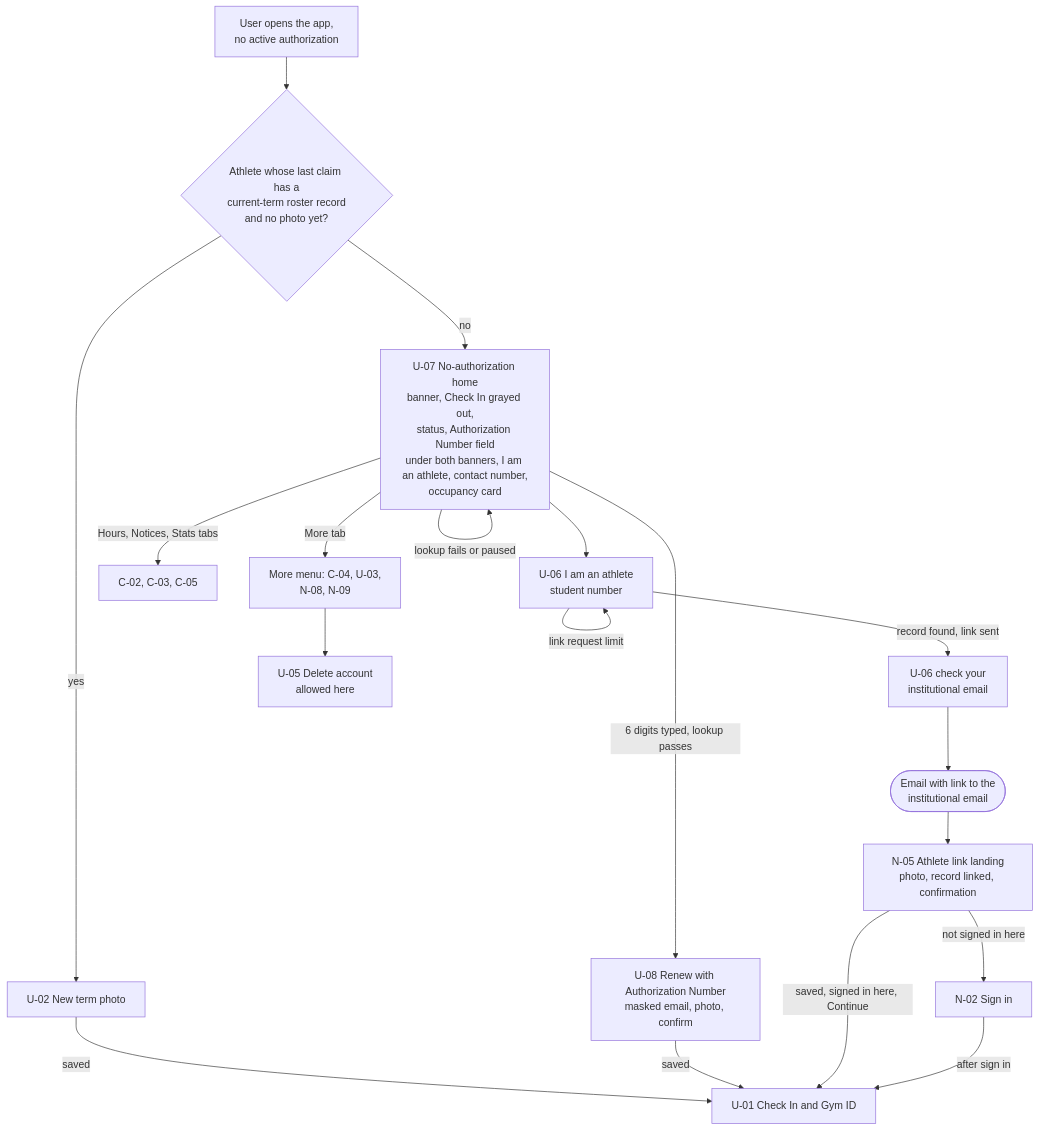
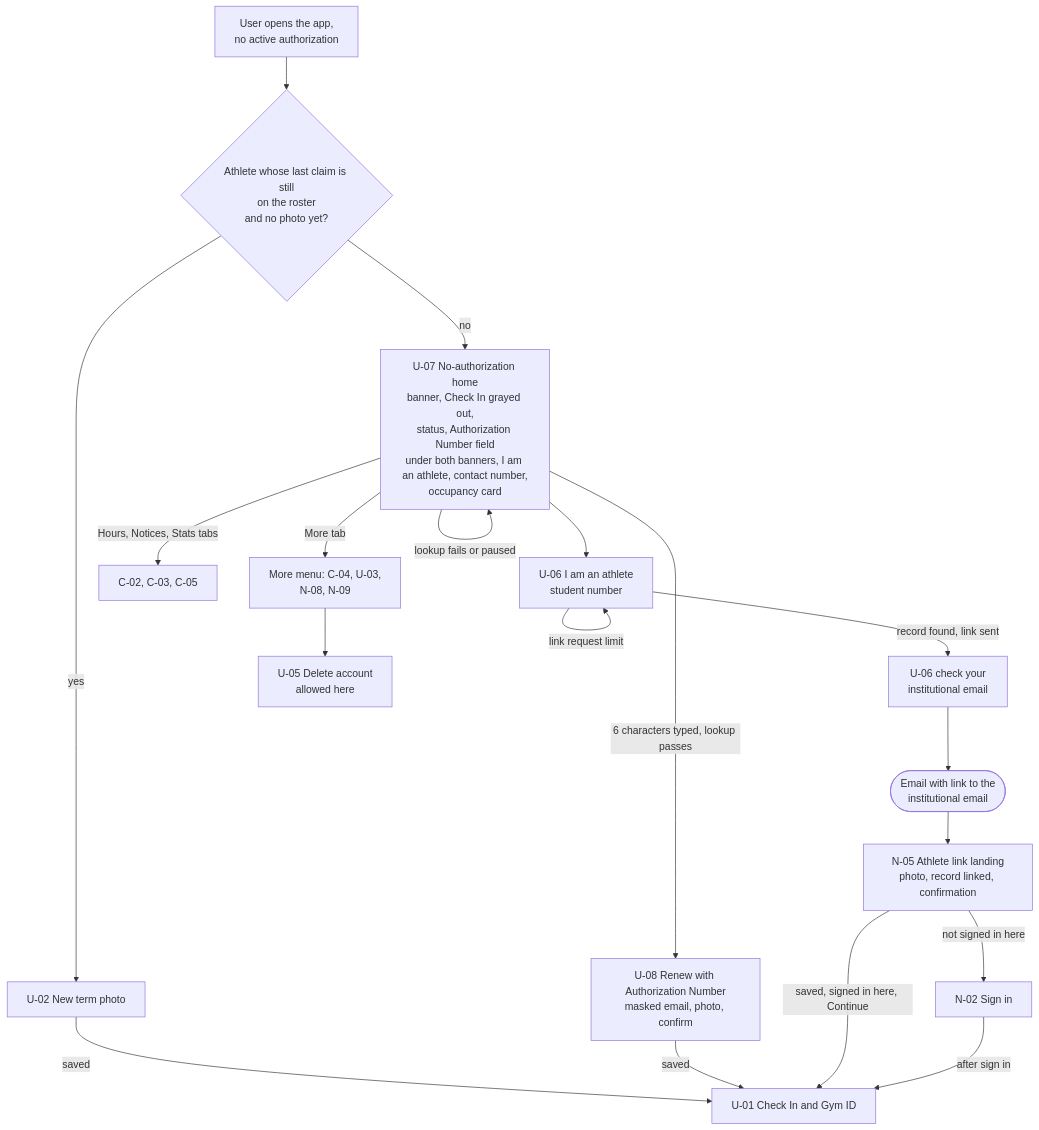
One commit to Th3-Minorities/natatorio-gym-app changed the third of 7 diagrams in docs/design/screen-map.md. Above: the diagram before and after it, drawn with Mermaid. The commit also changed other lines of this file and 8 other files, not shown here.

````diff
--- a/docs/design/screen-map.md
+++ b/docs/design/screen-map.md
@@ -92,21 +87,21 @@
 ```mermaid
 flowchart TD
-  OPEN["User opens the app,<br/>no active authorization"] --> T{"Athlete whose last claim has a<br/>current-term roster record<br/>and no photo yet?"}
+  OPEN["User opens the app,<br/>no active authorization"] --> T{"Athlete whose last claim is still<br/>on the roster<br/>and no photo yet?"}
   T -->|"yes"| U02["U-02 New term photo"]
   U02 -->|"saved"| U01["U-01 Check In and Gym ID"]
   T -->|"no"| U07["U-07 No-authorization home<br/>banner, Check In grayed out,<br/>status, Authorization Number field<br/>under both banners, I am an athlete, contact number,<br/>occupancy card"]
-  U07 -->|"6 digits typed, lookup passes"| U08["U-08 Renew with Authorization Number<br/>masked email, photo, confirm"]
+  U07 -->|"6 characters typed, lookup passes"| U08["U-08 Renew with Authorization Number<br/>masked email, photo, confirm"]
   U07 -->|"lookup fails or paused"| U07
   U08 -->|"saved"| U01
   U07 --> U06["U-06 I am an athlete<br/>student number"]
   U06 -->|"record found, link sent"| U06M["U-06 check your<br/>institutional email"]
   U06 -->|"link request limit"| U06
   U06M --> MAIL(["Email with link to the<br/>institutional email"])
   MAIL --> N05["N-05 Athlete link landing<br/>photo, record linked, confirmation"]
   N05 -->|"saved, signed in here, Continue"| U01
   N05 -->|"not signed in here"| N02["N-02 Sign in"]
   N02 -->|"after sign in"| U01
   U07 -->|"Hours, Notices, Stats tabs"| SH["C-02, C-03, C-05"]
   U07 -->|"More tab"| MORE["More menu: C-04, U-03,<br/>N-08, N-09"]
   MORE --> U05["U-05 Delete account<br/>allowed here"]
 ```
````
